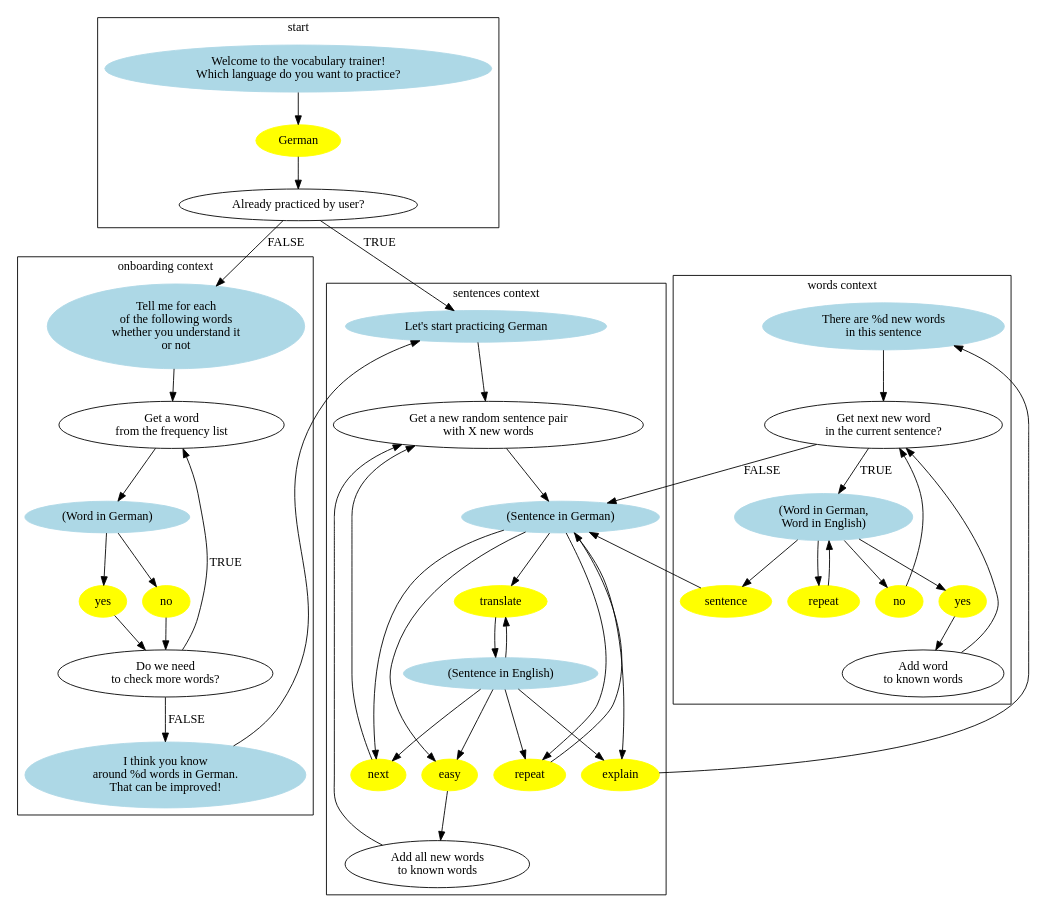
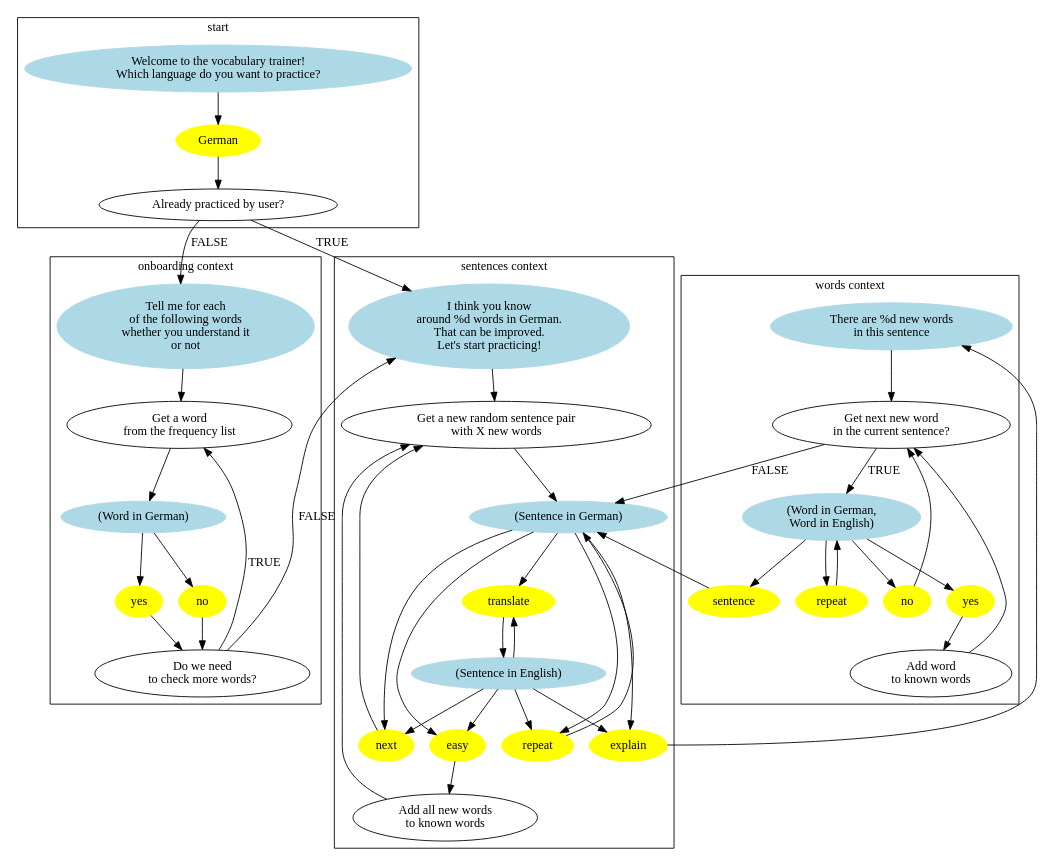
The diagram in diagram.dot (bahrmichael/innohacks2017), drawn with Graphviz before and after one commit. The commit also changed 1 other file, not shown here.

Commit message:
simplify what alexa says

```diff
--- a/diagram.dot
+++ b/diagram.dot
@@ -1,77 +1,75 @@
 digraph G {
 
 
     subgraph cluster_start {
     label="start";
         alexa_welcome [label="Welcome to the vocabulary trainer!\nWhich language do you want to practice?", color=lightblue, style="filled", start=true];
         user_choose_lang [label="German", color=yellow, style=filled];
         sys_choose_lang [label="Already practiced by user?"];
         alexa_welcome -> user_choose_lang -> sys_choose_lang;
     };
 
 
 
     subgraph cluster_onboarding {
         label="onboarding context";
         sys_freq_word [label="Get a word\nfrom the frequency list"];
         sys_know_word [label="Do we need\nto check more words?"];
         alexa_freq_intro [label="Tell me for each\nof the following words\nwhether you understand it\nor not", color=lightblue, style=filled];
         alexa_freq_word [label="(Word in German)", color=lightblue, style=filled];
-        alexa_finish_onboarding [label="I think you know\naround %d words in German.\nThat can be improved!", color=lightblue, style=filled];
         user_freq_yes [label="yes", color=yellow, style=filled];
         user_freq_no [label="no", color=yellow, style=filled];
 
         sys_choose_lang -> alexa_freq_intro [label="FALSE"];
 
         alexa_freq_intro -> sys_freq_word -> alexa_freq_word;
         alexa_freq_word -> {user_freq_yes, user_freq_no} -> sys_know_word;
         sys_know_word -> sys_freq_word [label="TRUE"];
-        sys_know_word -> alexa_finish_onboarding [label="FALSE"];
 
     };
     subgraph cluster_sentence {
         label="sentences context";
         sys_choose_lang -> alexa_start_sentences [label="TRUE"];
         sys_new_sentence [label="Get a new random sentence pair\nwith X new words"];
-        alexa_start_sentences [label="Let's start practicing German", color=lightblue, style=filled];
+        alexa_start_sentences [label="I think you know\naround %d words in German.\nThat can be improved.\nLet's start practicing!", color=lightblue, style=filled];
         alexa_sentence_dst [label="(Sentence in German)", color=lightblue, style=filled];
         alexa_sentence_src [label="(Sentence in English)", color=lightblue, style=filled];
         user_next [label="next", color=yellow, style=filled];
         user_translate [label="translate", color=yellow, style=filled];
         user_repeat_sentence [label="repeat", color=yellow, style=filled];
         user_explain [label="explain", color=yellow, style=filled];
         user_easy [label="easy", color=yellow, style=filled];
 
+        sys_know_word -> alexa_start_sentences [label="FALSE", weight=0];
         sys_easy [label="Add all new words\nto known words"];
 
 
-        alexa_finish_onboarding -> alexa_start_sentences [weight=0];
         alexa_start_sentences -> sys_new_sentence -> alexa_sentence_dst;
         {alexa_sentence_dst, alexa_sentence_src} -> user_translate -> alexa_sentence_src;
         {alexa_sentence_dst, alexa_sentence_src} -> user_repeat_sentence -> alexa_sentence_dst;
         {alexa_sentence_dst, alexa_sentence_src} -> user_next -> sys_new_sentence;
         {alexa_sentence_dst, alexa_sentence_src} -> user_easy -> sys_easy -> sys_new_sentence;
         {alexa_sentence_dst, alexa_sentence_src} -> user_explain;
     };
     subgraph cluster_words {
         label="words context";
         alexa_words_intro [label="There are %d new words\nin this sentence", color=lightblue, style=filled];
         sys_new_word [label="Get next new word\nin the current sentence?"];
         sys_add_word [label="Add word\nto known words"];
         alexa_new_word [label="(Word in German,\nWord in English)", color=lightblue, style=filled];
         user_explain -> alexa_words_intro -> sys_new_word;
         sys_new_word -> alexa_sentence_dst [label="FALSE"];
         sys_new_word -> alexa_new_word [label="TRUE"];
 
         user_yes [label="yes", color=yellow, style=filled];
         user_no [label="no", color=yellow, style=filled];
         user_sentence [label="sentence", color=yellow, style=filled];
         user_repeat_word [label="repeat", color=yellow, style=filled];
 
         alexa_new_word -> user_repeat_word -> alexa_new_word;
         alexa_new_word -> user_sentence -> alexa_sentence_dst;
         alexa_new_word -> user_yes -> sys_add_word -> sys_new_word;
         alexa_new_word -> user_no -> sys_new_word;
 
     };
 }
```
